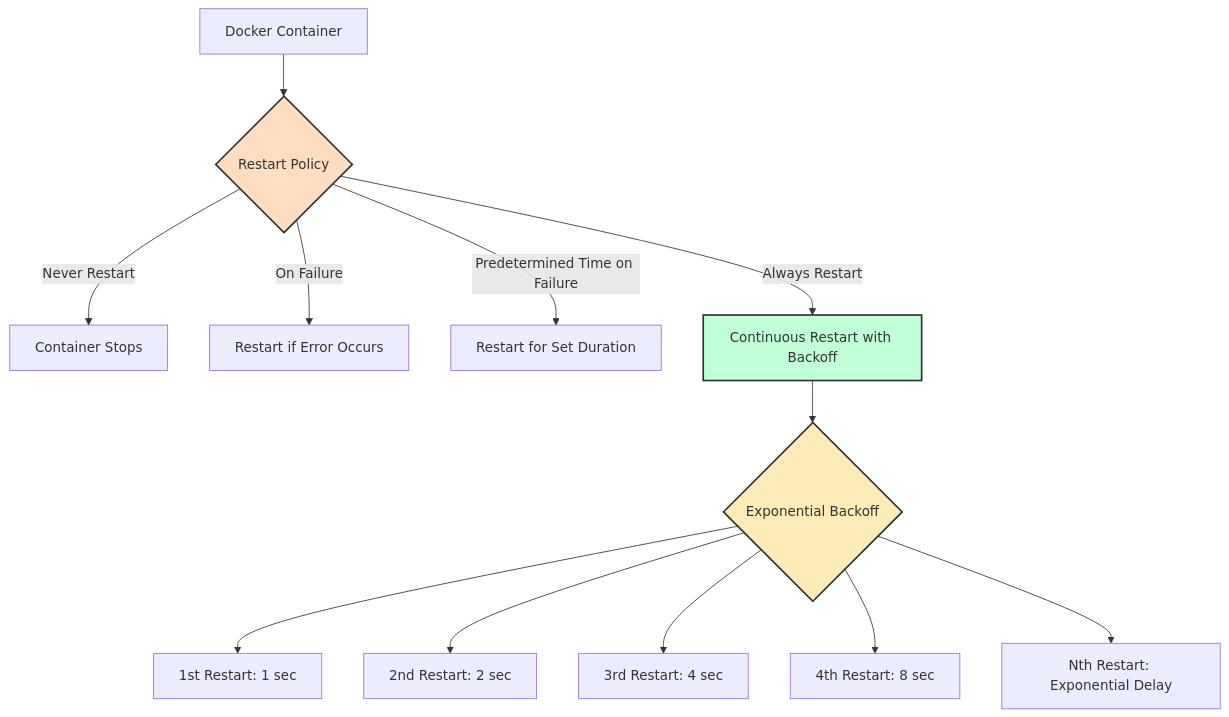
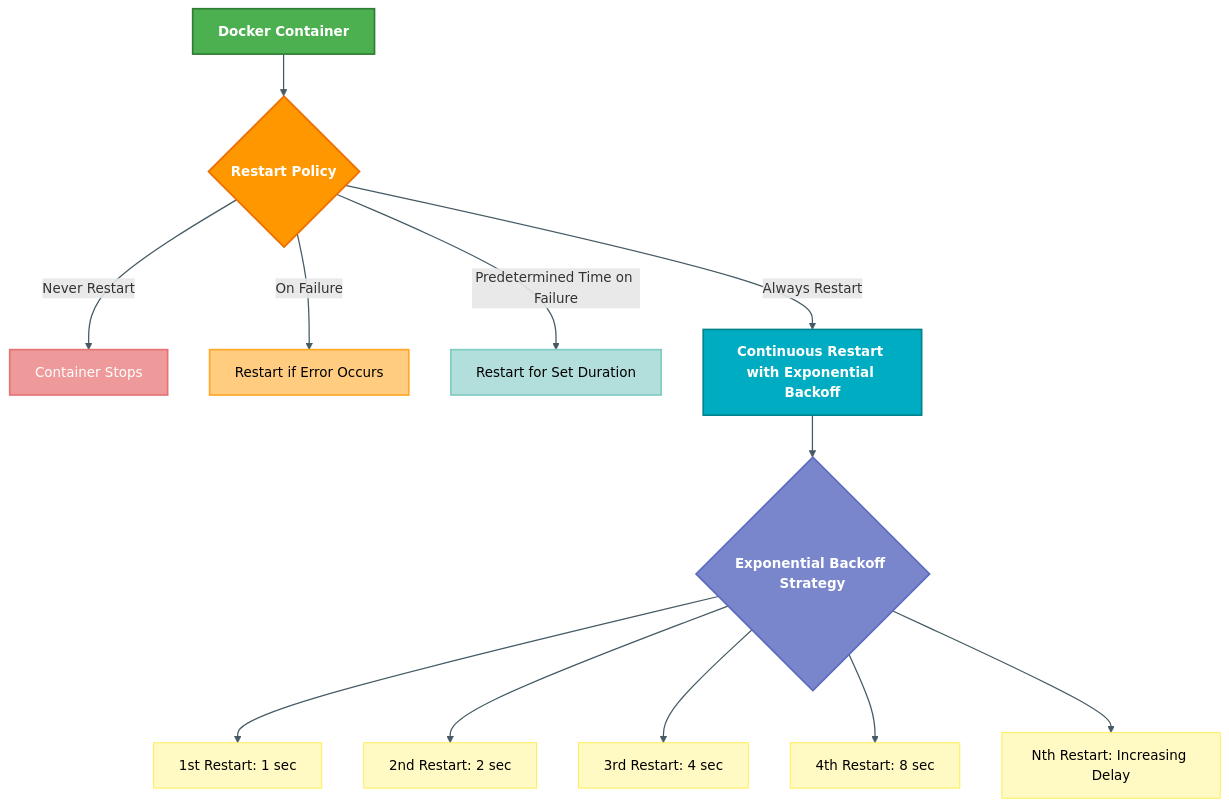
One commit to TheToriqul/docker-auto-restart changed the diagram in README.md. Above: the diagram before and after it, drawn with Mermaid.

Commit message:
Chore: architecture updated

````diff
--- a/README.md
+++ b/README.md
@@ -24,19 +24,32 @@
 ```mermaid
 flowchart TD
     A[Docker Container] --> B{Restart Policy}
     B --> |Never Restart| C[Container Stops]
     B --> |On Failure| D[Restart if Error Occurs]
     B --> |Predetermined Time on Failure| E[Restart for Set Duration]
-    B --> |Always Restart| F[Continuous Restart with Backoff]
+    B --> |Always Restart| F[Continuous Restart with Exponential Backoff]
 
-    F --> G{Exponential Backoff}
+    F --> G{Exponential Backoff Strategy}
     G --> H[1st Restart: 1 sec]
     G --> I[2nd Restart: 2 sec]
     G --> J[3rd Restart: 4 sec]
     G --> K[4th Restart: 8 sec]
-    G --> L[Nth Restart: Exponential Delay]
+    G --> L[Nth Restart: Increasing Delay]
 
-    style B fill:#FFDDC1,stroke:#333,stroke-width:2px
-    style G fill:#FFEBB7,stroke:#333,stroke-width:2px
-    style F fill:#C1FFD7,stroke:#333,stroke-width:2px
+    %% Styling for light and dark modes
+    style A fill:#4CAF50,stroke:#2E7D32,stroke-width:2px,color:white,font-weight:bold
+    style B fill:#FF9800,stroke:#EF6C00,stroke-width:2px,color:white,font-weight:bold
+    style F fill:#00ACC1,stroke:#00838F,stroke-width:2px,color:white,font-weight:bold
+    style G fill:#7986CB,stroke:#5C6BC0,stroke-width:2px,color:white,font-weight:bold
+    style C fill:#EF9A9A,stroke:#E57373,stroke-width:2px,color:white
+    style D fill:#FFCC80,stroke:#FFA726,stroke-width:2px,color:black
+    style E fill:#B2DFDB,stroke:#80CBC4,stroke-width:2px,color:black
+    style H fill:#FFF9C4,stroke:#FFEB3B,stroke-width:1px,color:black
+    style I fill:#FFF9C4,stroke:#FFEB3B,stroke-width:1px,color:black
+    style J fill:#FFF9C4,stroke:#FFEB3B,stroke-width:1px,color:black
+    style K fill:#FFF9C4,stroke:#FFEB3B,stroke-width:1px,color:black
+    style L fill:#FFF9C4,stroke:#FFEB3B,stroke-width:1px,color:black
+
+    %% Line colors
+    linkStyle default stroke:#455A64,stroke-width:1.5px
 ```
````
